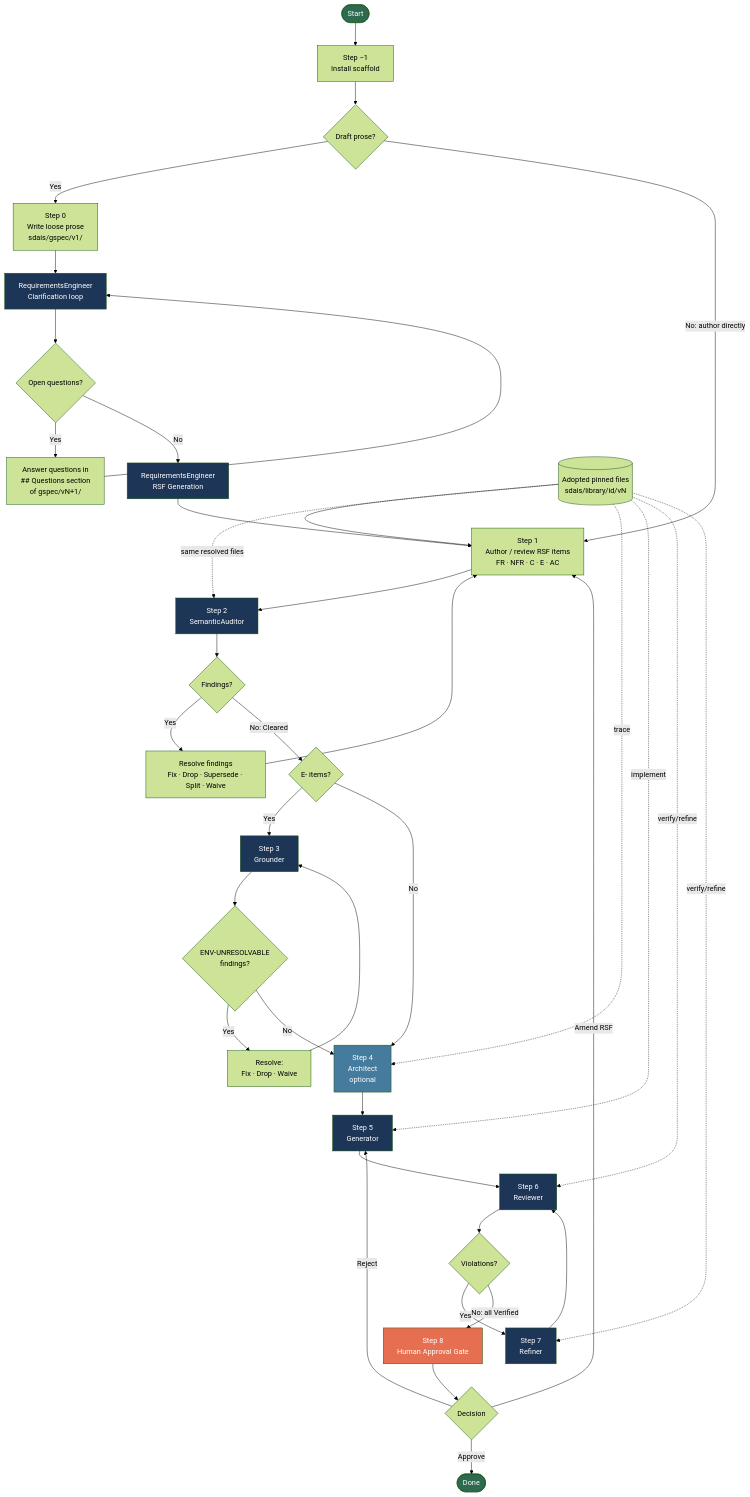
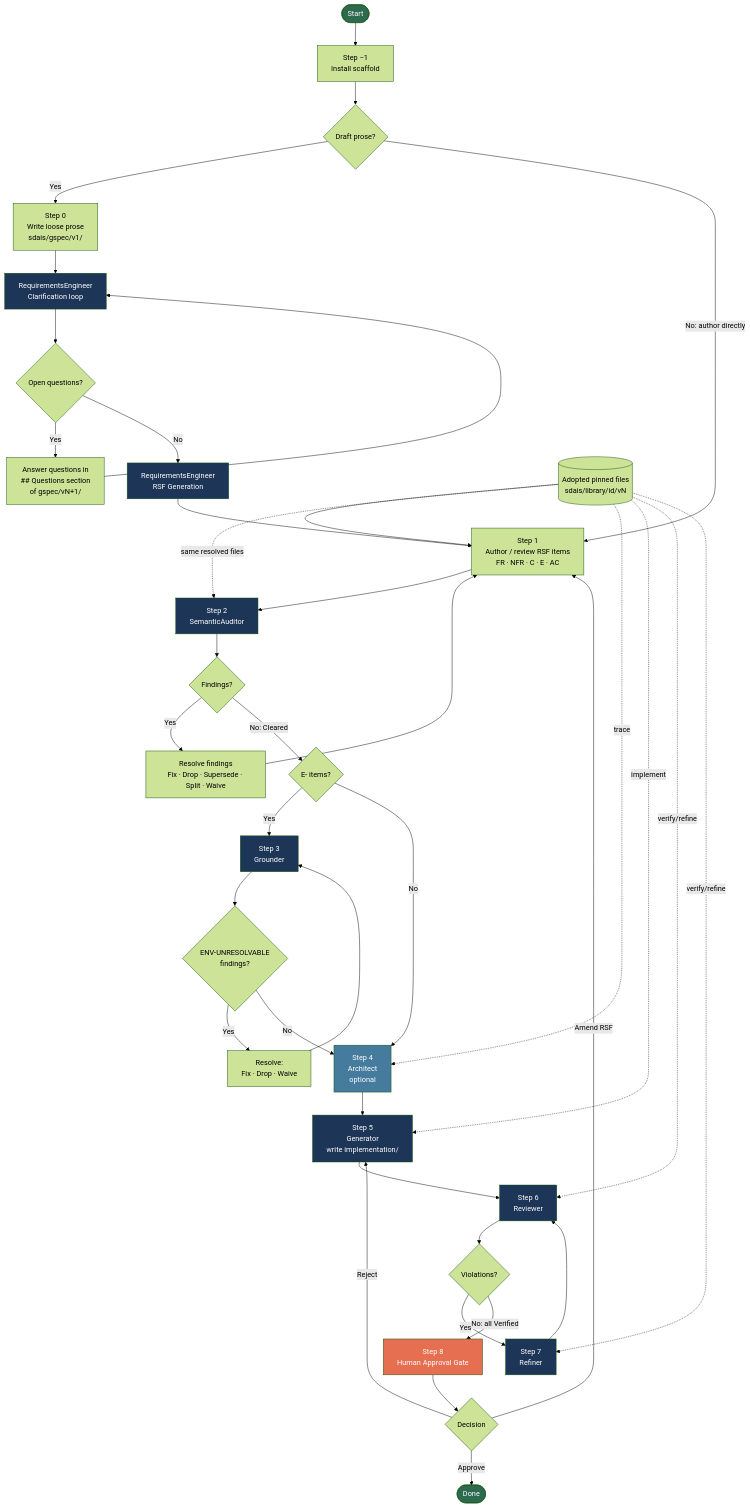
The diagram in docs/GREENFIELD.md (tideland/sdais), drawn with Mermaid (forest theme) before and after one commit. The commit also changed other lines of this file and 25 other files, not shown here.

````diff
--- a/docs/GREENFIELD.md
+++ b/docs/GREENFIELD.md
@@ -11,52 +11,52 @@
 ```mermaid
 flowchart TD
     A([Start]) --> B[Step −1\nInstall scaffold]
     B --> B2{Draft prose?}
     B2 -- Yes --> B3[Step 0\nWrite loose prose\nsdais/gspec/v1/]
     B3 --> B4[RequirementsEngineer\nClarification loop]
     B4 --> B5{Open questions?}
     B5 -- Yes --> B6[Answer questions in\n## Questions section\nof gspec/vN+1/]
     B6 --> B4
     B5 -- No --> B7[RequirementsEngineer\nRSF Generation]
     B7 --> C
     B2 -- No: author directly --> C
     LIB[(Adopted pinned files\nsdais/library/id/vN)] --> C
     C[Step 1\nAuthor / review RSF items\nFR · NFR · C · E · AC] --> D[Step 2\nSemanticAuditor]
     D --> E{Findings?}
     E -- Yes --> F[Resolve findings\nFix · Drop · Supersede · Split · Waive]
     F --> C
     E -- No: Cleared --> G{E- items?}
     G -- Yes --> H[Step 3\nGrounder]
     H --> I{ENV-UNRESOLVABLE\nfindings?}
     I -- Yes --> J[Resolve:\nFix · Drop · Waive]
     J --> H
     I -- No --> K
     G -- No --> K[Step 4\nArchitect\noptional]
-    K --> L[Step 5\nGenerator]
+    K --> L[Step 5\nGenerator\nwrite implementation/]
     L --> M[Step 6\nReviewer]
     M --> N{Violations?}
     N -- Yes --> O[Step 7\nRefiner]
     O --> M
     LIB -. same resolved files .-> D
     LIB -. trace .-> K
     LIB -. implement .-> L
     LIB -. verify/refine .-> M
     LIB -. verify/refine .-> O
     N -- No: all Verified --> P[Step 8\nHuman Approval Gate]
     P --> Q{Decision}
     Q -- Approve --> R([Done])
     Q -- Amend RSF --> C
     Q -- Reject --> L
 
     style A fill:#2d6a4f,color:#fff
     style R fill:#2d6a4f,color:#fff
     style B4 fill:#1d3557,color:#fff
     style B7 fill:#1d3557,color:#fff
     style D fill:#1d3557,color:#fff
     style H fill:#1d3557,color:#fff
     style K fill:#457b9d,color:#fff
     style L fill:#1d3557,color:#fff
     style M fill:#1d3557,color:#fff
     style O fill:#1d3557,color:#fff
     style P fill:#e76f51,color:#fff
 ```
````
